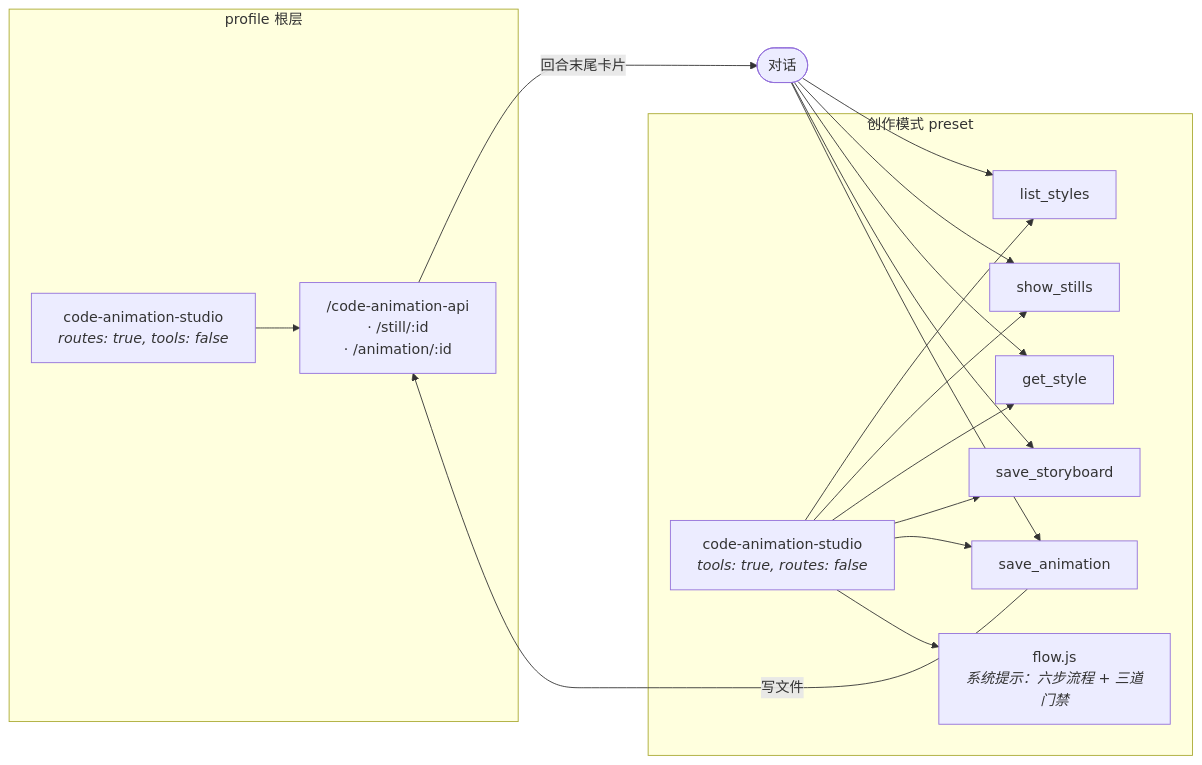
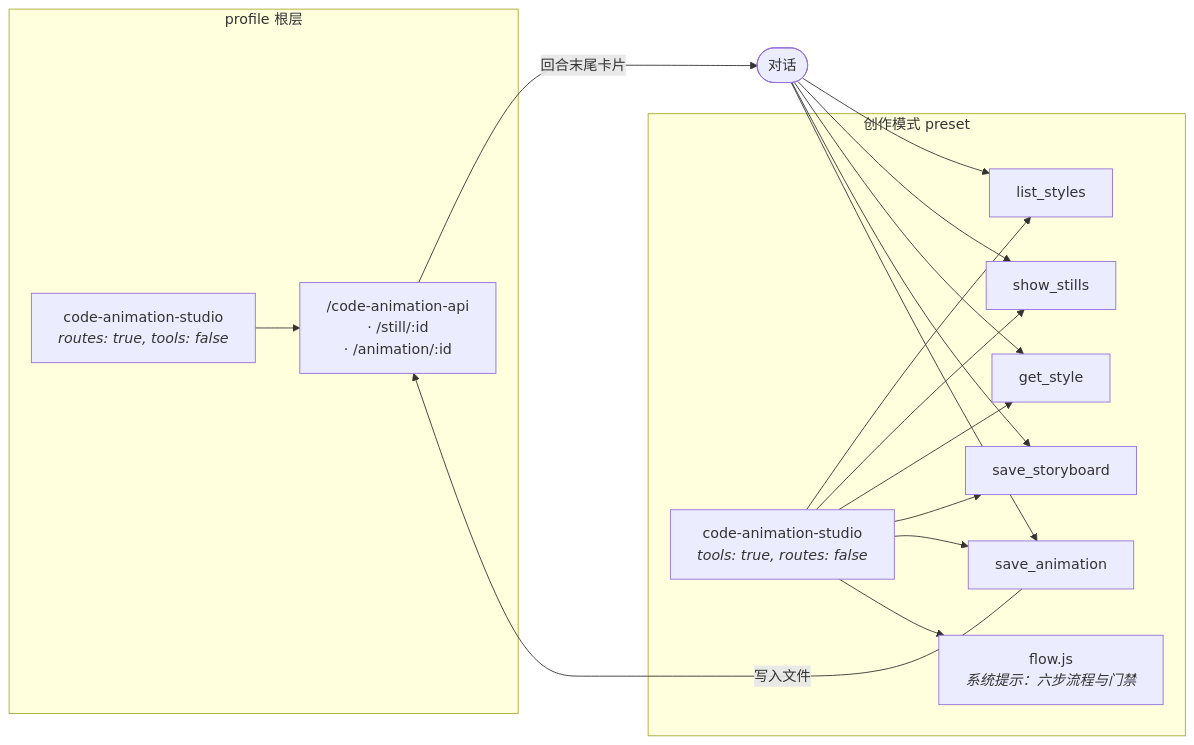
The second of 2 diagrams in README.md (wyf-yfw/dsh-code-animation), drawn with Mermaid before and after one commit. The commit also changed other lines of this file, not shown here.

````diff
--- a/README.md
+++ b/README.md
@@ -313,19 +340,19 @@
 ```mermaid
 flowchart LR
     subgraph P["profile 根层"]
         R["code-animation-studio<br/><i>routes: true, tools: false</i>"]
         R --> RT["/code-animation-api<br/>· /still/:id<br/>· /animation/:id"]
     end
     subgraph M["创作模式 preset"]
         S["code-animation-studio<br/><i>tools: true, routes: false</i>"]
         S --> T1[list_styles]
         S --> T2[show_stills]
         S --> T3[get_style]
         S --> T4[save_storyboard]
         S --> T5[save_animation]
-        S --> FP["flow.js<br/><i>系统提示：六步流程 + 三道门禁</i>"]
+        S --> FP["flow.js<br/><i>系统提示：六步流程与门禁</i>"]
     end
     U([对话]) --> T1 & T2 & T3 & T4 & T5
-    T5 -->|写文件| RT
+    T5 -->|写入文件| RT
     RT -->|回合末尾卡片| U
 ```
````
